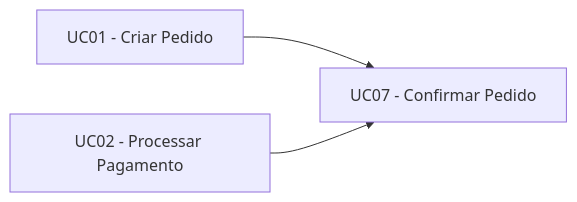
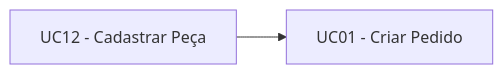
Before and after one commit to peaga21/AutoFlow: the second of 4 diagrams in blueprint_autoflow.md, drawn with Mermaid. The commit also changed other lines of this file and 16 other files, not shown here.

````diff
--- a/blueprint_autoflow.md
+++ b/blueprint_autoflow.md
@@ -133,5 +158,4 @@
 ```mermaid
 flowchart LR
-    UC01[UC01 - Criar Pedido] --> UC07[UC07 - Confirmar Pedido]
-    UC02[UC02 - Processar Pagamento] --> UC07[UC07 - Confirmar Pedido]
+    UC12[UC12 - Cadastrar Peça] --> UC01[UC01 - Criar Pedido]
 ```
````
